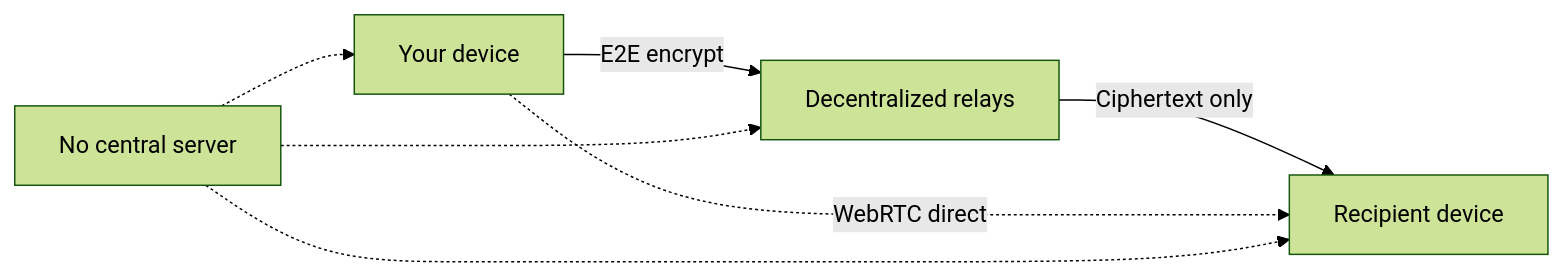
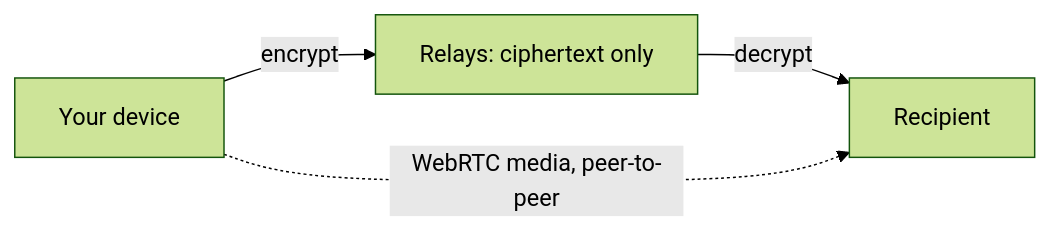
Before and after one commit to besoeasy/gupt: the diagram in README.md, drawn with Mermaid (forest theme). The commit also changed other lines of this file and 1 other file, not shown here.

````diff
--- a/README.md
+++ b/README.md
@@ -279,9 +139,6 @@
 ```mermaid
 flowchart LR
-    A[Your device] -->|E2E encrypt| B[Decentralized relays]
-    B -->|Ciphertext only| C[Recipient device]
-    A -.->|WebRTC direct| C
-    D[No central server] -.-> A
-    D -.-> B
-    D -.-> C
+    A[Your device] -->|encrypt| B[Relays: ciphertext only]
+    B -->|decrypt| C[Recipient]
+    A -.->|WebRTC media, peer-to-peer| C
 ```
````
